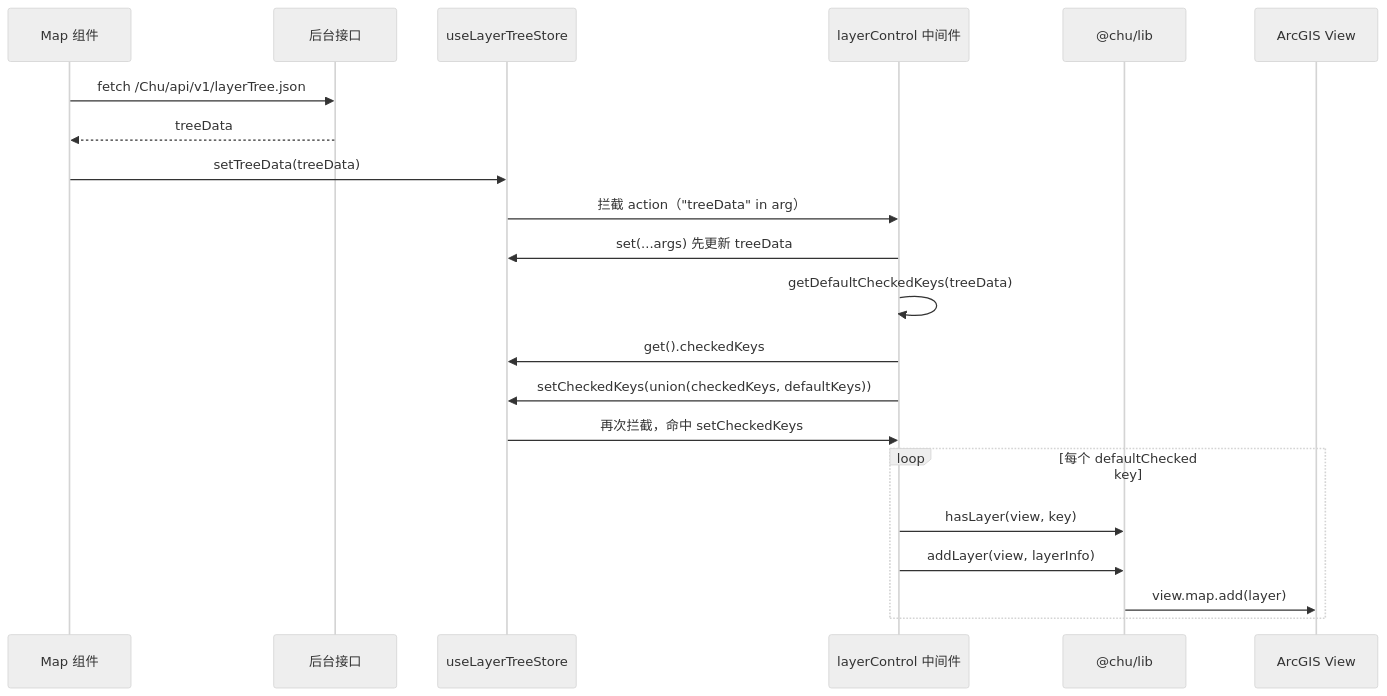
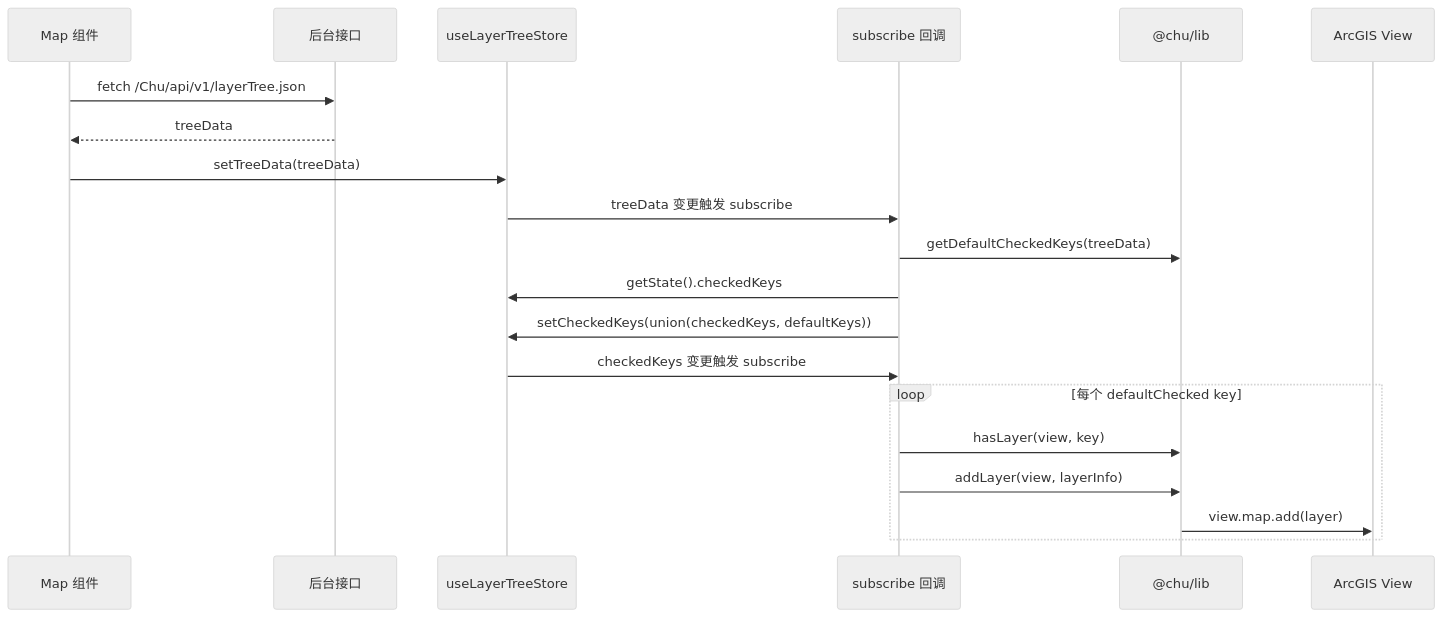
One commit to GeoDaoyu/Chu changed the third of 3 diagrams in docs/philosophy/layerTree-layerControl.md. Above: the diagram before and after it, drawn with Mermaid (neutral theme). The commit also changed other lines of this file and 11 other files, not shown here.

First line of the commit message:
refactor: replace layerControl middleware with subscribeWithSelector

````diff
--- a/docs/philosophy/layerTree-layerControl.md
+++ b/docs/philosophy/layerTree-layerControl.md
@@ -152,26 +143,25 @@
 ```mermaid
 sequenceDiagram
     participant Map as Map 组件
     participant API as 后台接口
     participant Store as useLayerTreeStore
-    participant MW as layerControl 中间件
+    participant Sub as subscribe 回调
     participant Lib as @chu/lib
     participant View as ArcGIS View
 
     Map->>API: fetch /Chu/api/v1/layerTree.json
     API-->>Map: treeData
     Map->>Store: setTreeData(treeData)
-    Store->>MW: 拦截 action（"treeData" in arg）
+    Store->>Sub: treeData 变更触发 subscribe
 
-    MW->>Store: set(...args) 先更新 treeData
-    MW->>MW: getDefaultCheckedKeys(treeData)
-    MW->>Store: get().checkedKeys
-    MW->>Store: setCheckedKeys(union(checkedKeys, defaultKeys))
-    Store->>MW: 再次拦截，命中 setCheckedKeys
+    Sub->>Lib: getDefaultCheckedKeys(treeData)
+    Sub->>Store: getState().checkedKeys
+    Sub->>Store: setCheckedKeys(union(checkedKeys, defaultKeys))
+    Store->>Sub: checkedKeys 变更触发 subscribe
 
     loop 每个 defaultChecked key
-        MW->>Lib: hasLayer(view, key)
-        MW->>Lib: addLayer(view, layerInfo)
+        Sub->>Lib: hasLayer(view, key)
+        Sub->>Lib: addLayer(view, layerInfo)
         Lib->>View: view.map.add(layer)
     end
 ```
````
